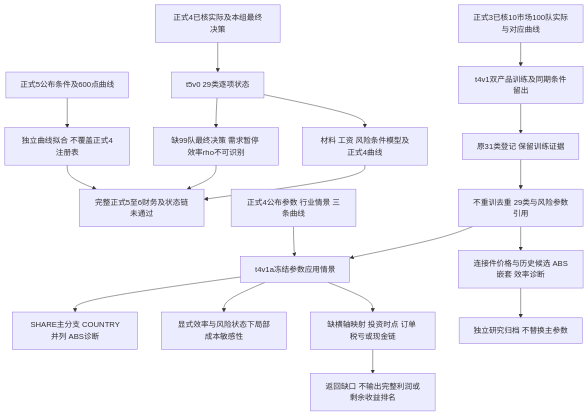
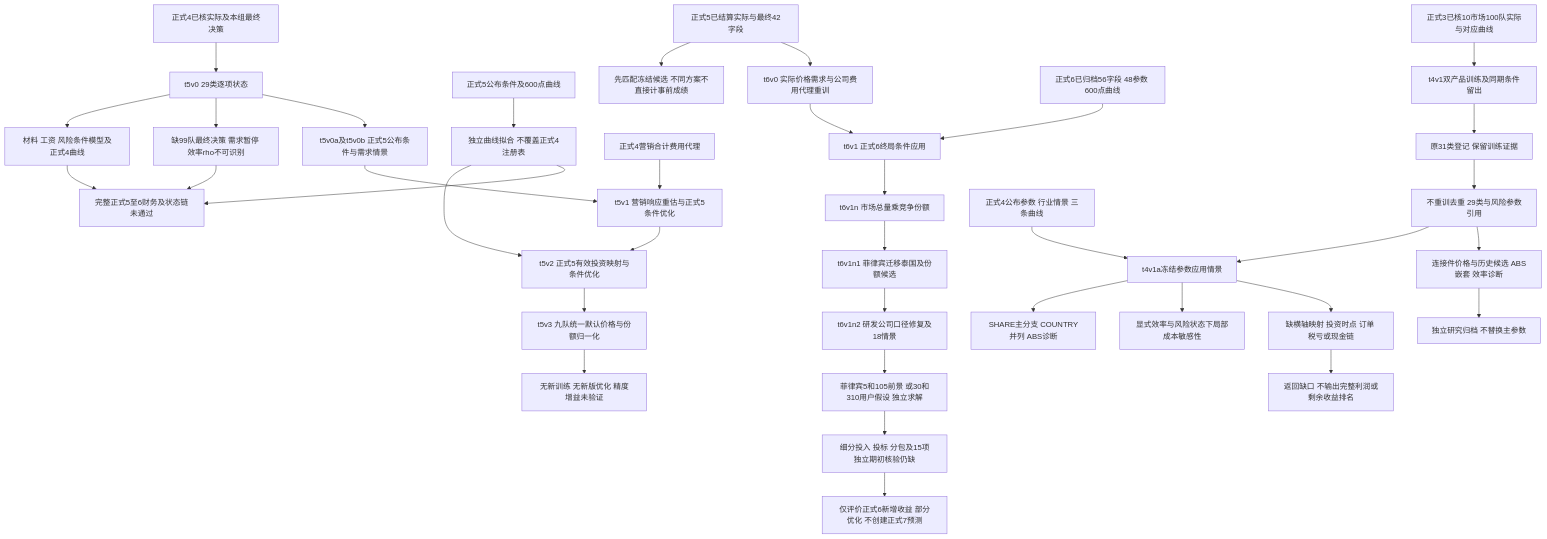
Before and after one commit to BFC0/Iron-Ingot: the first of 4 diagrams in 模型说明/完整计算流程图.md, drawn with Mermaid. The commit also changed other lines of this file and 1765 other files, not shown here.

````diff
--- a/模型说明/完整计算流程图.md
+++ b/模型说明/完整计算流程图.md
@@ -9,21 +9,38 @@
 ```mermaid
 flowchart TD
   R4[正式4已核实际及本组最终决策] --> T5[t5v0 29类逐项状态]
   T5 --> COST[材料 工资 风险条件模型及正式4曲线]
   T5 --> GAP[缺99队最终决策 需求暂停 效率rho不可识别]
   R5[正式5公布条件及600点曲线] --> C5[独立曲线拟合 不覆盖正式4注册表]
   COST --> LIMIT[完整正式5至6财务及状态链未通过]
+  T5 --> V0B[t5v0a及t5v0b 正式5公布条件与需求情景]
+  M4[正式4营销合计费用代理] --> V1[t5v1 营销响应重估与正式5条件优化]
+  V0B --> V1
+  V1 --> V2[t5v2 正式5有效投资映射与条件优化]
+  C5 --> V2
+  V2 --> V3[t5v3 九队统一默认价格与份额归一化]
+  V3 --> V3L[无新训练 无新版优化 精度增益未验证]
+  R5ACT[正式5已结算实际与最终42字段] --> PAIR[先匹配冻结候选 不同方案不直接计事前成绩]
+  R5ACT --> T6[t6v0 实际价格需求与公司费用代理重训]
+  T6 --> APP6[t6v1 正式6终局条件应用]
+  R6[正式6已归档56字段 48参数 600点曲线] --> APP6
+  APP6 --> N6[t6v1n 市场总量乘竞争份额]
+  N6 --> N61[t6v1n1 菲律宾迁移泰国及份额候选]
+  N61 --> N62[t6v1n2 研发公司口径修复及18情景]
+  N62 --> PH6[菲律宾5和105前景 或30和310用户假设 独立求解]
+  PH6 --> GAP6[细分投入 投标 分包及15项独立期初核验仍缺]
+  GAP6 --> END6[仅评价正式6新增收益 部分优化 不创建正式7预测]
   GAP --> LIMIT
   C5 --> LIMIT
   A[正式3已核10市场100队实际与对应曲线] --> B[t4v1双产品训练及同期条件留出]
   B --> C[原31类登记 保留训练证据]
   C --> D[不重训去重 29类与风险参数引用]
   D --> E[t4v1a冻结参数应用情景]
   F[正式4公布参数 行业情景 三条曲线] --> E
   E --> G[SHARE主分支 COUNTRY并列 ABS诊断]
   E --> H[显式效率与风险状态下局部成本敏感性]
   E --> I[缺横轴映射 投资时点 订单 税亏或现金链]
   I --> J[返回缺口 不输出完整利润或剩余收益排名]
   D --> K[连接件价格与历史候选 ABS嵌套 效率诊断]
   K --> L[独立研究归档 不替换主参数]
 ```
````
